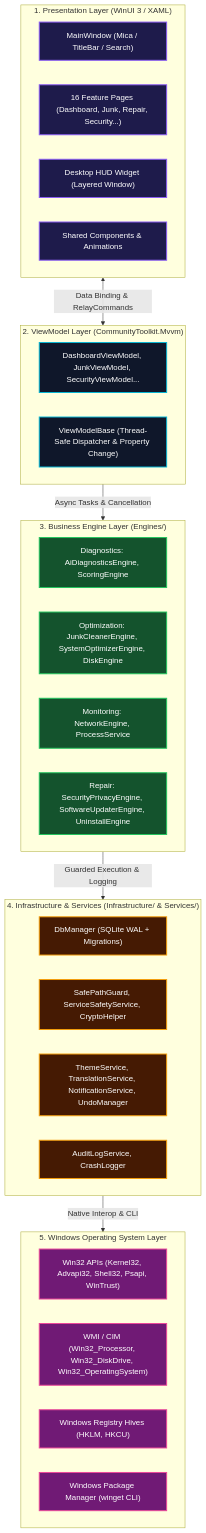
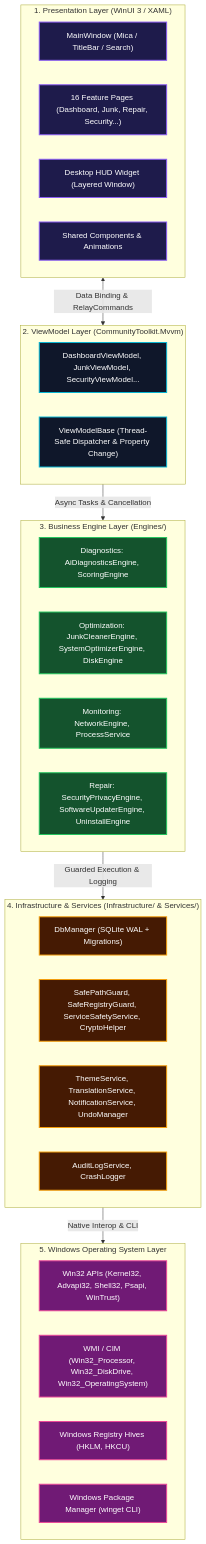
One commit to Nguyen-Trung-Tien/WinCarePro changed the diagram in docs/01_SYSTEM_ARCHITECTURE.md. Above: the diagram before and after it, drawn with Mermaid. The commit also changed other lines of this file and 36 other files, not shown here.

````diff
--- a/docs/01_SYSTEM_ARCHITECTURE.md
+++ b/docs/01_SYSTEM_ARCHITECTURE.md
@@ -23,46 +23,46 @@
 ```mermaid
 graph TD
     classDef ui fill:#1e1b4b,stroke:#8b5cf6,stroke-width:2px,color:#fff;
     classDef vm fill:#0f172a,stroke:#06b6d4,stroke-width:2px,color:#fff;
     classDef engine fill:#14532d,stroke:#22c55e,stroke-width:2px,color:#fff;
     classDef infra fill:#451a03,stroke:#f59e0b,stroke-width:2px,color:#fff;
     classDef os fill:#701a75,stroke:#ec4899,stroke-width:2px,color:#fff;
 
     subgraph UI_Layer ["1. Presentation Layer (WinUI 3 / XAML)"]
         MainWindow["MainWindow (Mica / TitleBar / Search)"]:::ui
         Pages["16 Feature Pages (Dashboard, Junk, Repair, Security...)"]:::ui
         HUD["Desktop HUD Widget (Layered Window)"]:::ui
         Components["Shared Components & Animations"]:::ui
     end
 
     subgraph VM_Layer ["2. ViewModel Layer (CommunityToolkit.Mvvm)"]
         VMs["DashboardViewModel, JunkViewModel, SecurityViewModel..."]:::vm
         VMBase["ViewModelBase (Thread-Safe Dispatcher & Property Change)"]:::vm
     end
 
     subgraph Engine_Layer ["3. Business Engine Layer (Engines/)"]
         DiagEngines["Diagnostics: AiDiagnosticsEngine, ScoringEngine"]:::engine
         OptEngines["Optimization: JunkCleanerEngine, SystemOptimizerEngine, DiskEngine"]:::engine
         MonEngines["Monitoring: NetworkEngine, ProcessService"]:::engine
         RepairEngines["Repair: SecurityPrivacyEngine, SoftwareUpdaterEngine, UninstallEngine"]:::engine
     end
 
     subgraph Infra_Layer ["4. Infrastructure & Services (Infrastructure/ & Services/)"]
         DbLayer["DbManager (SQLite WAL + Migrations)"]:::infra
-        SecLayer["SafePathGuard, ServiceSafetyService, CryptoHelper"]:::infra
+        SecLayer["SafePathGuard, SafeRegistryGuard, ServiceSafetyService, CryptoHelper"]:::infra
         Svcs["ThemeService, TranslationService, NotificationService, UndoManager"]:::infra
         LogLayer["AuditLogService, CrashLogger"]:::infra
     end
 
     subgraph OS_Layer ["5. Windows Operating System Layer"]
         Win32["Win32 APIs (Kernel32, Advapi32, Shell32, Psapi, WinTrust)"]:::os
         WMI["WMI / CIM (Win32_Processor, Win32_DiskDrive, Win32_OperatingSystem)"]:::os
         Reg["Windows Registry Hives (HKLM, HKCU)"]:::os
         Winget["Windows Package Manager (winget CLI)"]:::os
     end
 
     UI_Layer <--> |Data Binding & RelayCommands| VM_Layer
     VM_Layer --> |Async Tasks & Cancellation| Engine_Layer
     Engine_Layer --> |Guarded Execution & Logging| Infra_Layer
     Infra_Layer --> |Native Interop & CLI| OS_Layer
 ```
````
